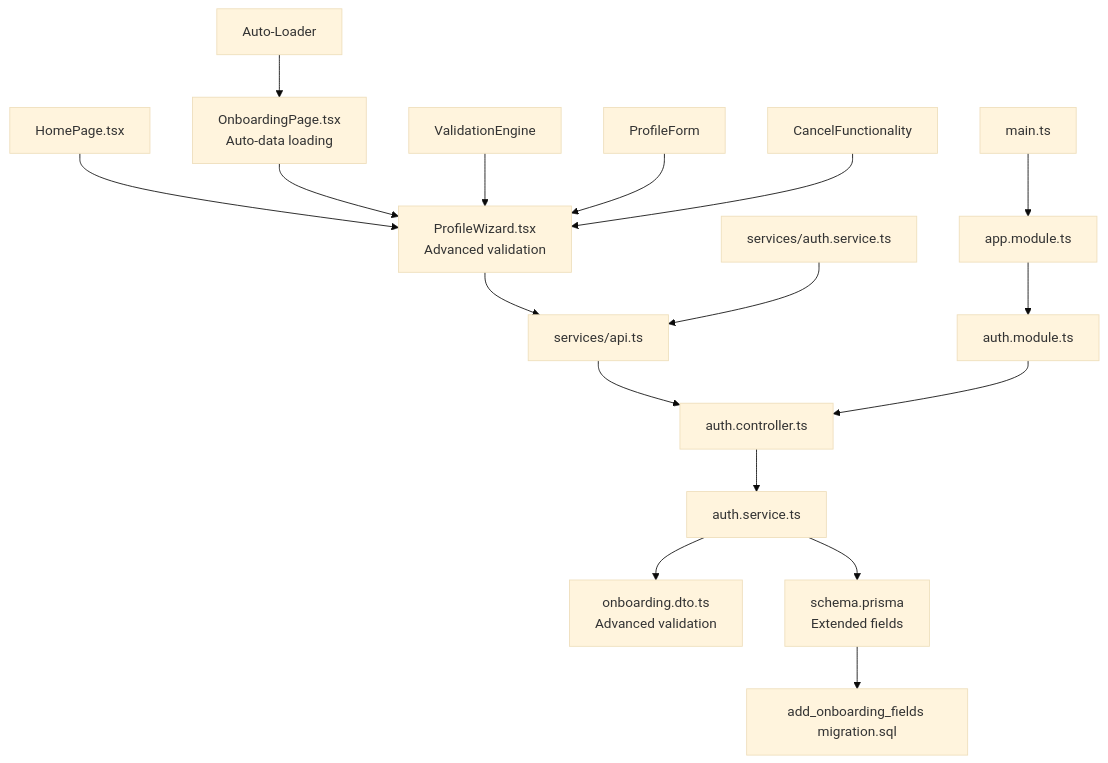
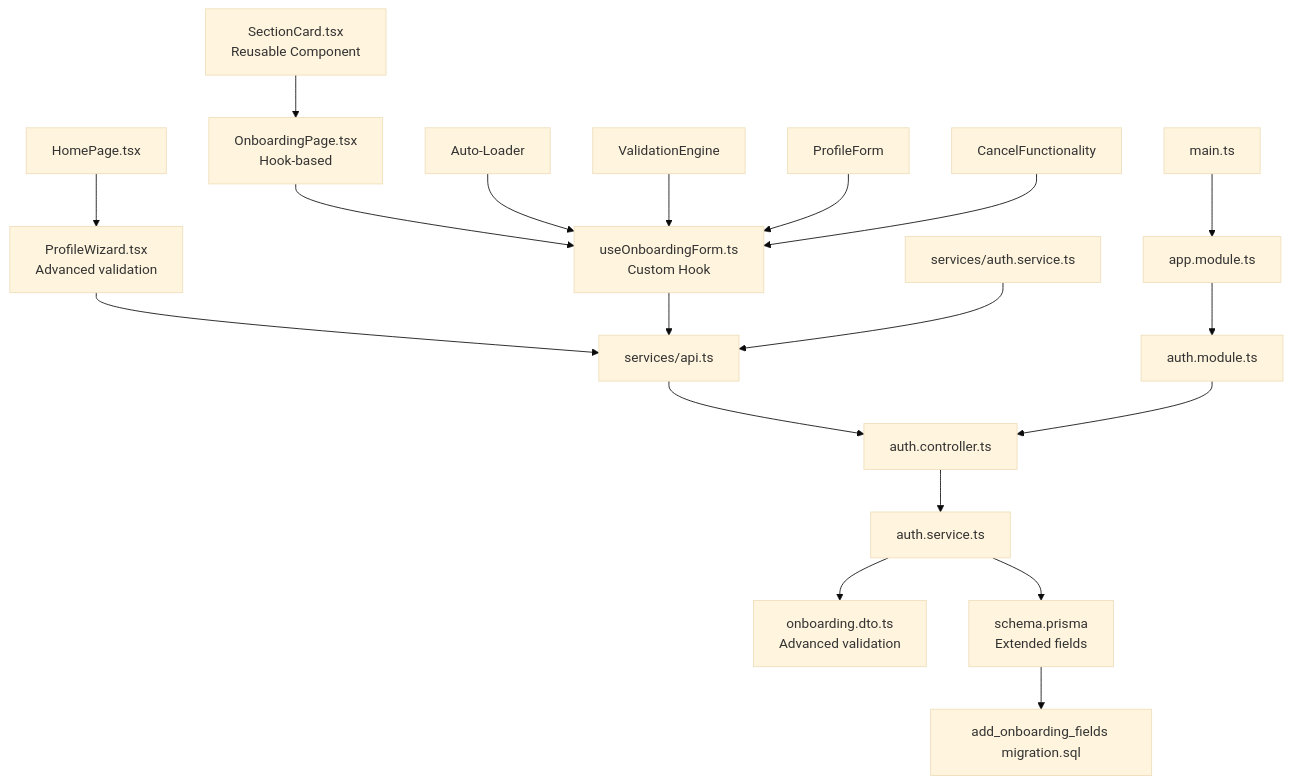
Before and after one commit to RobertRuas/windlog: the sixth of 6 diagrams in .qoder/repowiki/en/content/Arquitetura Backend/Sistema Obrigatório de Onboarding.md, drawn with Mermaid (base theme). The commit also changed other lines of this file and 105 other files, not shown here.

````diff
--- a/.qoder/repowiki/en/content/Arquitetura Backend/Sistema Obrigatório de Onboarding.md
+++ b/.qoder/repowiki/en/content/Arquitetura Backend/Sistema Obrigatório de Onboarding.md
@@ -394,19 +446,21 @@
 ```mermaid
 graph TB
 FE_PW["ProfileWizard.tsx<br/>Advanced validation"] --> FE_API["services/api.ts"]
 FE_HP["HomePage.tsx"] --> FE_PW
-FE_OP["OnboardingPage.tsx<br/>Auto-data loading"] --> FE_PW
+FE_OP["OnboardingPage.tsx<br/>Hook-based"] --> FE_UOF["useOnboardingForm.ts<br/>Custom Hook"]
+FE_UOF --> FE_API
 FE_SAUTH["services/auth.service.ts"] --> FE_API
-FE_AE["Auto-Loader"] --> FE_OP
-FE_VE["ValidationEngine"] --> FE_PW
-FE_PF["ProfileForm"] --> FE_PW
-FE_CF["CancelFunctionality"] --> FE_PW
+FE_AE["Auto-Loader"] --> FE_UOF
+FE_VE["ValidationEngine"] --> FE_UOF
+FE_PF["ProfileForm"] --> FE_UOF
+FE_CF["CancelFunctionality"] --> FE_UOF
+FE_SC["SectionCard.tsx<br/>Reusable Component"] --> FE_OP
 FE_API --> BE_CTRL["auth.controller.ts"]
 BE_CTRL --> BE_SVC["auth.service.ts"]
 BE_SVC --> BE_DTO["onboarding.dto.ts<br/>Advanced validation"]
 BE_SVC --> BE_PRISMA["schema.prisma<br/>Extended fields"]
 BE_PRISMA --> BE_MIG["add_onboarding_fields migration.sql"]
 BE_MOD["auth.module.ts"] --> BE_CTRL
 APP_MOD["app.module.ts"] --> BE_MOD
 MAIN["main.ts"] --> APP_MOD
 ```
````
